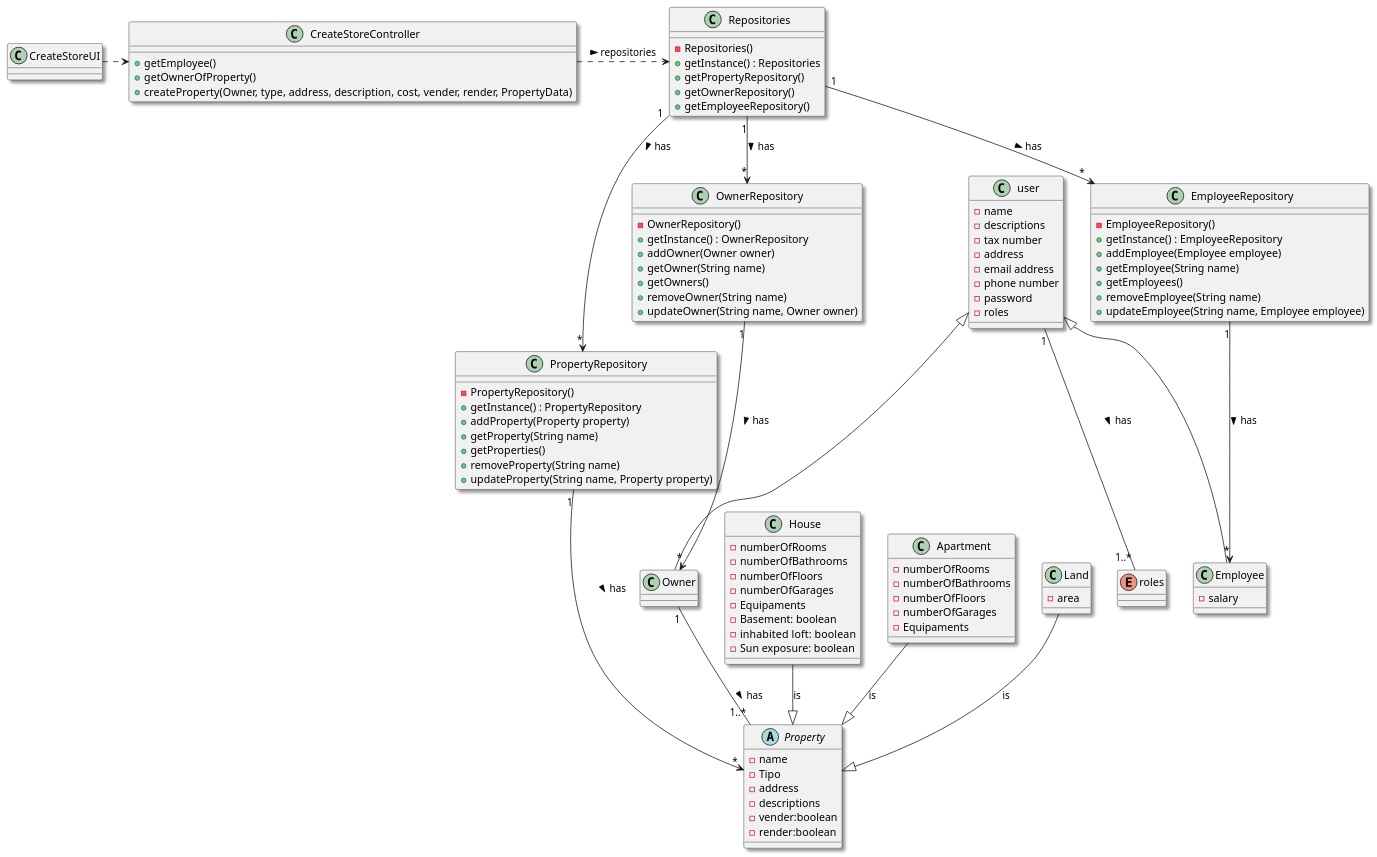
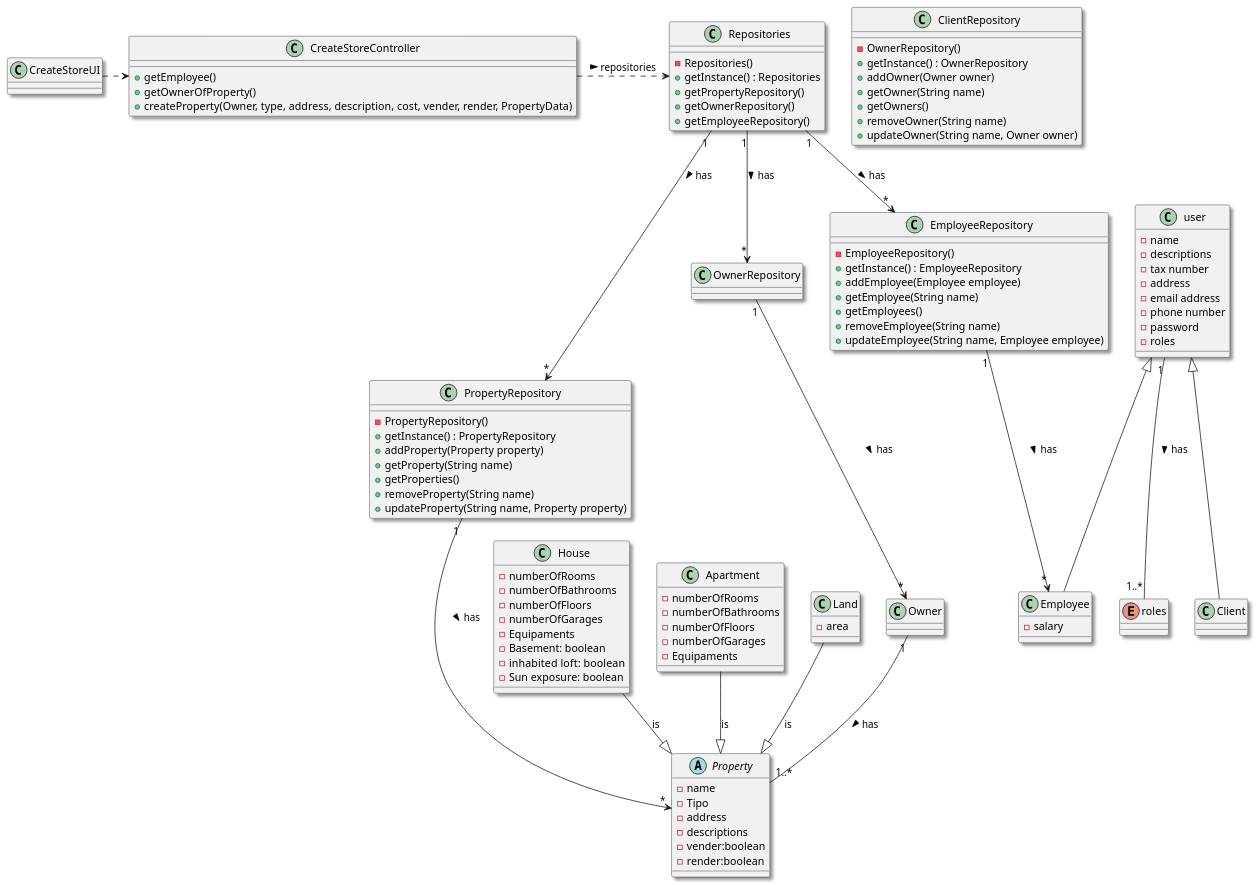
Before and after one commit to hugosilva2901/lei-22-s2-1DO-g68: the diagram in lei-22-s2-1do-g68/docs/SprintB/us004/03.design/puml/us004-class-diagram.puml, drawn with PlantUML. The commit also changed 1 other file, not shown here.

Commit message:
Update on the us004 sequence diagram full and class diagram

```diff
--- a/lei-22-s2-1do-g68/docs/SprintB/us004/03.design/puml/us004-class-diagram.puml
+++ b/lei-22-s2-1do-g68/docs/SprintB/us004/03.design/puml/us004-class-diagram.puml
@@ -1,138 +1,138 @@
 @startuml
 'https://plantuml.com/class-diagram
 skinparam monochrome false
 skinparam packageStyle rectangle
 skinparam shadowing true
 top to bottom direction
 
 class CreateStoreUI{
 }
 
 class CreateStoreController{
    + getEmployee()
    + getOwnerOfProperty()
    + createProperty(Owner, type, address, description, cost, vender, render, PropertyData)
 }
 
 class user{
     - name
     - descriptions
     - tax number
     - address
     - email address
     - phone number
     - password
     - roles
 
 }
 
 enum roles{
 
 }
 
-class Owner extends user{
+class Client extends user{
 }
 
 class Employee extends user{
     -salary
 }
 
 abstract class Property {
     - name
     - Tipo
     - address
     - descriptions
     - vender:boolean
     - render:boolean
 }
 
 class Repositories {
     - Repositories()
     + getInstance() : Repositories
     + getPropertyRepository()
     + getOwnerRepository()
     + getEmployeeRepository()
 
 }
 
 class PropertyRepository {
     - PropertyRepository()
     + getInstance() : PropertyRepository
     + addProperty(Property property)
     + getProperty(String name)
     + getProperties()
     + removeProperty(String name)
     + updateProperty(String name, Property property)
 }
 
-class OwnerRepository {
+class ClientRepository {
     - OwnerRepository()
     + getInstance() : OwnerRepository
     + addOwner(Owner owner)
     + getOwner(String name)
     + getOwners()
     + removeOwner(String name)
     + updateOwner(String name, Owner owner)
 }
 
 class EmployeeRepository {
     - EmployeeRepository()
     + getInstance() : EmployeeRepository
     + addEmployee(Employee employee)
     + getEmployee(String name)
     + getEmployees()
     + removeEmployee(String name)
     + updateEmployee(String name, Employee employee)
 }
 
 class House{
     - numberOfRooms
     - numberOfBathrooms
     - numberOfFloors
     - numberOfGarages
     - Equipaments
     - Basement: boolean
     - inhabited  loft: boolean
     - Sun exposure: boolean
 }
 class Apartment{
     - numberOfRooms
     - numberOfBathrooms
     - numberOfFloors
     - numberOfGarages
     - Equipaments
 
 }
 class Land{
     - area
 }
 
 
 CreateStoreUI .> CreateStoreController
 CreateStoreController .> Repositories : repositories >
 Repositories "1" --> "*" PropertyRepository : has >
 Repositories "1" --> "*" OwnerRepository : has >
 Repositories "1" --> "*" EmployeeRepository : has >
 PropertyRepository "1" --> "*" Property : has >
 OwnerRepository "1" --> "*" Owner : has >
 EmployeeRepository "1" --> "*" Employee : has >
 user "1"--"1..*" roles : has >
 Owner "1"--"1..*" Property : has >
 House  --|>  Property  : is
 Apartment  --|>  Property : is
 Land  --|>  Property : is
 
 
 
 
 
 
 
 
 
 
 
 
 
 
 @enduml
```
